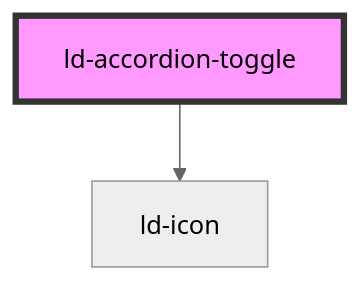
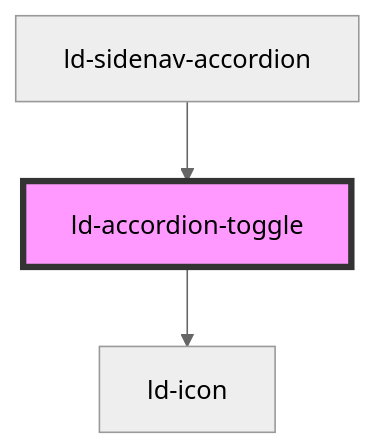
Before and after one commit to emdgroup-liquid/liquid: the diagram in src/liquid/components/ld-accordion/ld-accordion-toggle/readme.md, drawn with Mermaid (neutral theme). The commit also changed other lines of this file and 127 other files, not shown here.

Commit message:
feat(ld-sidenav): integrate accordion with sidenav

````diff
--- a/src/liquid/components/ld-accordion/ld-accordion-toggle/readme.md
+++ b/src/liquid/components/ld-accordion/ld-accordion-toggle/readme.md
@@ -73,5 +80,6 @@
 ```mermaid
 graph TD;
   ld-accordion-toggle --> ld-icon
+  ld-sidenav-accordion --> ld-accordion-toggle
   style ld-accordion-toggle fill:#f9f,stroke:#333,stroke-width:4px
 ```
````
